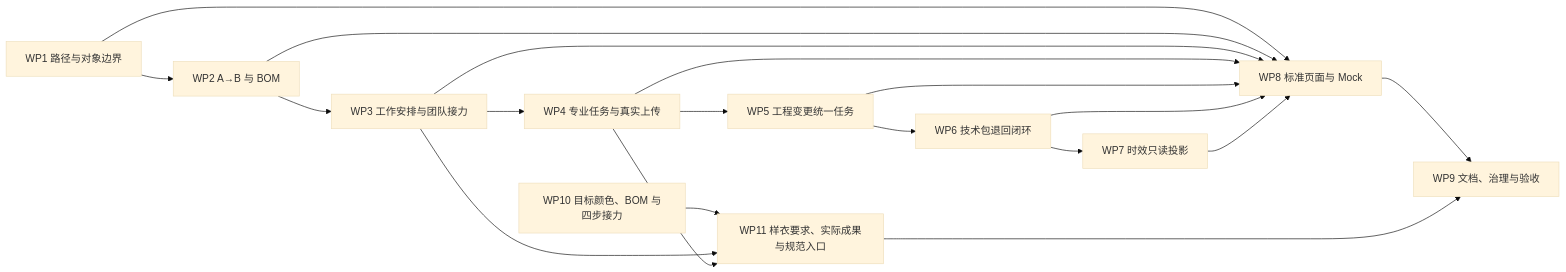
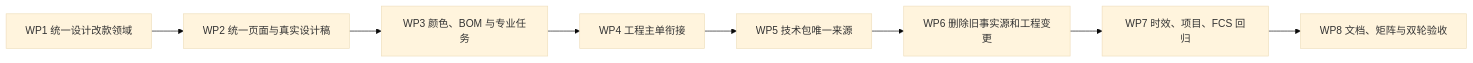
Before and after one commit to laoertongxue/higoods: the diagram in docs/product-design/PCS生产工程管理实施计划.md, drawn with Mermaid (base theme). The commit also changed other lines of this file and 156 other files, not shown here.

````diff
--- a/docs/product-design/PCS生产工程管理实施计划.md
+++ b/docs/product-design/PCS生产工程管理实施计划.md
@@ -49,21 +59,10 @@
-```mermaid
+~~~mermaid
 flowchart LR
-  W1["WP1 路径与对象边界"] --> W2["WP2 A→B 与 BOM"]
-  W2 --> W3["WP3 工作安排与团队接力"]
-  W3 --> W4["WP4 专业任务与真实上传"]
-  W4 --> W5["WP5 工程变更统一任务"]
-  W5 --> W6["WP6 技术包退回闭环"]
-  W6 --> W7["WP7 时效只读投影"]
-  W1 --> W8["WP8 标准页面与 Mock"]
-  W2 --> W8
-  W3 --> W8
-  W4 --> W8
-  W5 --> W8
-  W6 --> W8
-  W7 --> W8
-  W8 --> W9["WP9 文档、治理与验收"]
-  W10["WP10 目标颜色、BOM 与四步接力"] --> W11["WP11 样衣要求、实际成果与规范入口"]
-  W3 --> W11
-  W4 --> W11
-  W11 --> W9
-```
+  W1[WP1 统一设计改款领域] --> W2[WP2 统一页面与真实设计稿]
+  W2 --> W3[WP3 颜色、BOM 与专业任务]
+  W3 --> W4[WP4 工程主单衔接]
+  W4 --> W5[WP5 技术包唯一来源]
+  W5 --> W6[WP6 删除旧事实源和工程变更]
+  W6 --> W7[WP7 时效、项目、FCS 回归]
+  W7 --> W8[WP8 文档、矩阵与双轮验收]
+~~~
````
